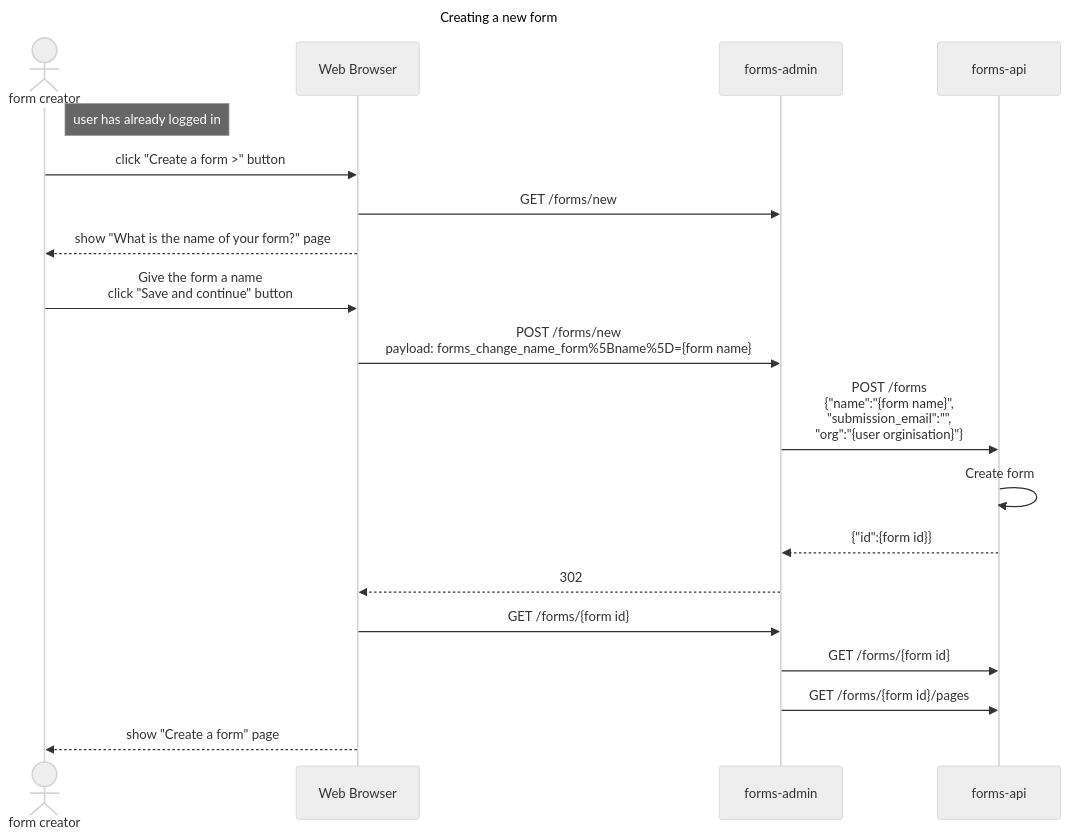
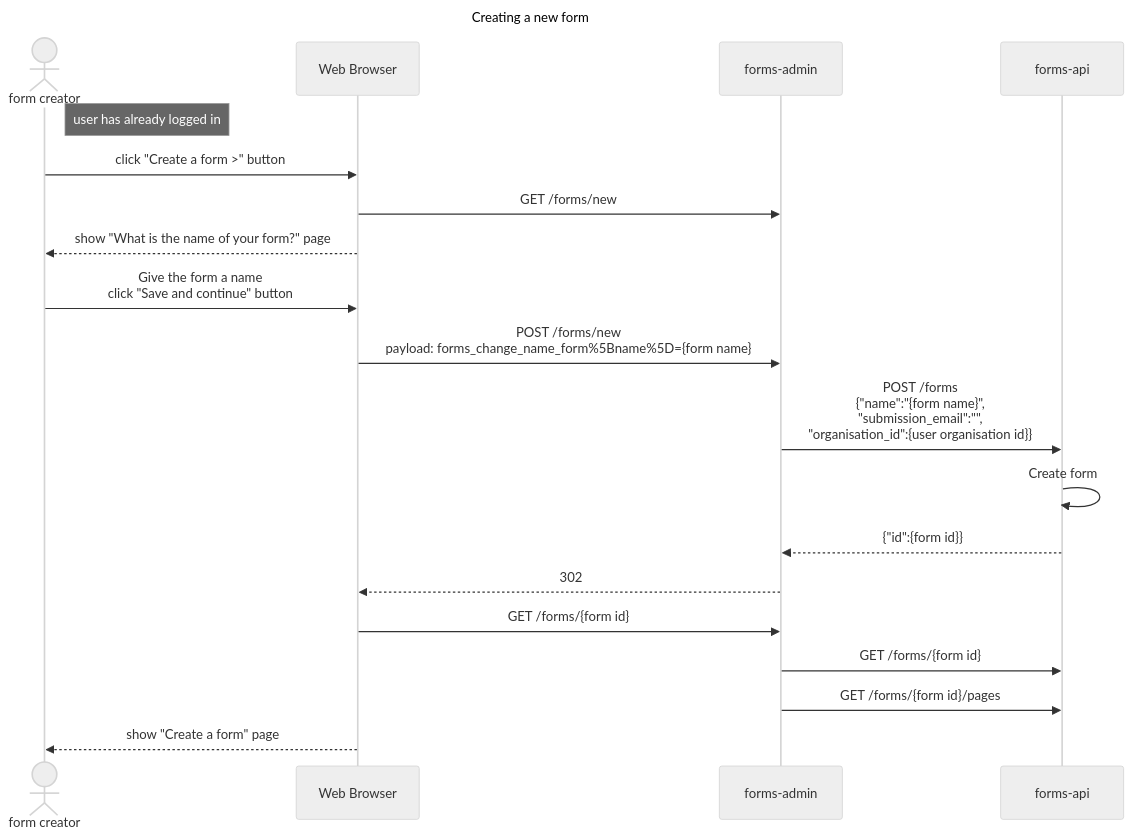
The first of 5 diagrams in diagrams/sequence-diagrams/creating-a-form.md (alphagov/forms), drawn with Mermaid (neutral theme) before and after one commit.

Commit message:
Replace org with organisation_id
We've changed our system to use organisation ID instead of organisation
slug when communicating between the API and the admin app (see
alphagov/forms-api#295). This commit updates our documentation to match.

````diff
--- a/diagrams/sequence-diagrams/creating-a-form.md
+++ b/diagrams/sequence-diagrams/creating-a-form.md
@@ -3,26 +3,26 @@
 ```mermaid
 sequenceDiagram
   title Creating a new form
   actor user as form creator
   participant browser as Web Browser
   participant admin as forms-admin
   link admin: GitHub repo @ https://github.com/alphagov/forms-admin
   participant api as forms-api
   link api: GitHub repo @ https://github.com/alphagov/forms-api
 
   note right of user: user has already logged in
 
   user->>browser: click "Create a form >" button
   browser->>admin: GET /forms/new
   browser-->>user: show "What is the name of your form?" page
   user->>browser: Give the form a name<br />click "Save and continue" button
   browser->>admin: POST /forms/new<br />payload: forms_change_name_form%5Bname%5D={form name}
-  admin->>api: POST /forms<br />{"name":"{form name}",<br />"submission_email":"",<br />"org":"{user orginisation}"}
+  admin->>api: POST /forms<br />{"name":"{form name}",<br />"submission_email":"",<br />"organisation_id":{user organisation id}}
   api->>api: Create form
   api-->>admin: {"id":{form id}}
   admin-->>browser: 302
   browser->>admin: GET /forms/{form id}
   admin->>api: GET /forms/{form id}
   admin->>api: GET /forms/{form id}/pages
   browser-->>user: show "Create a form" page
 ```
````
